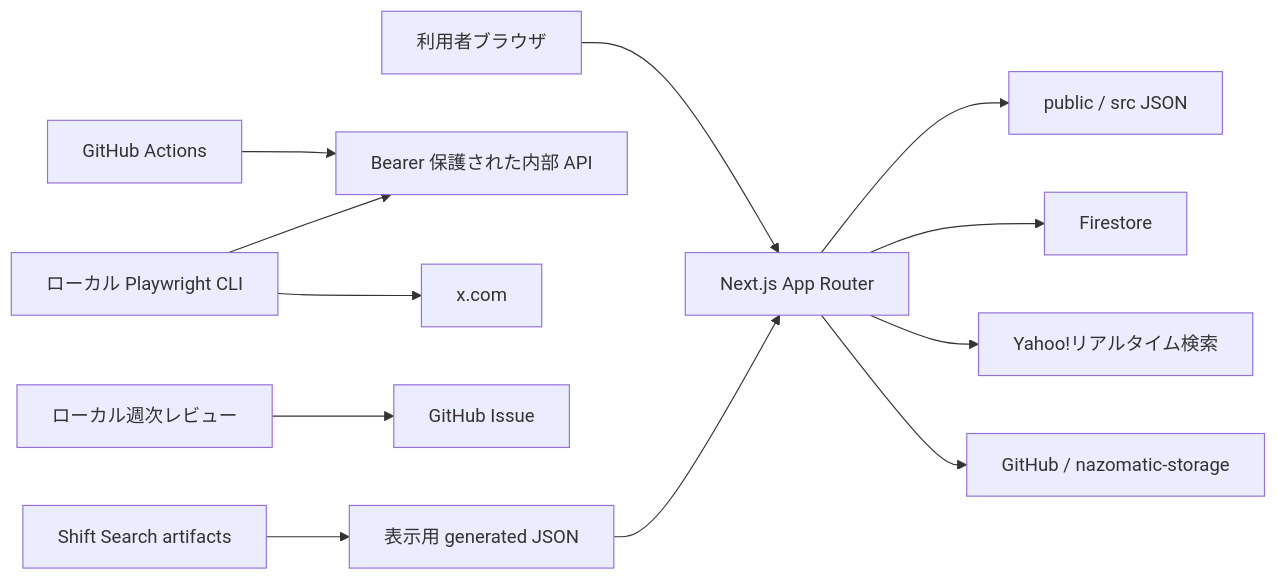
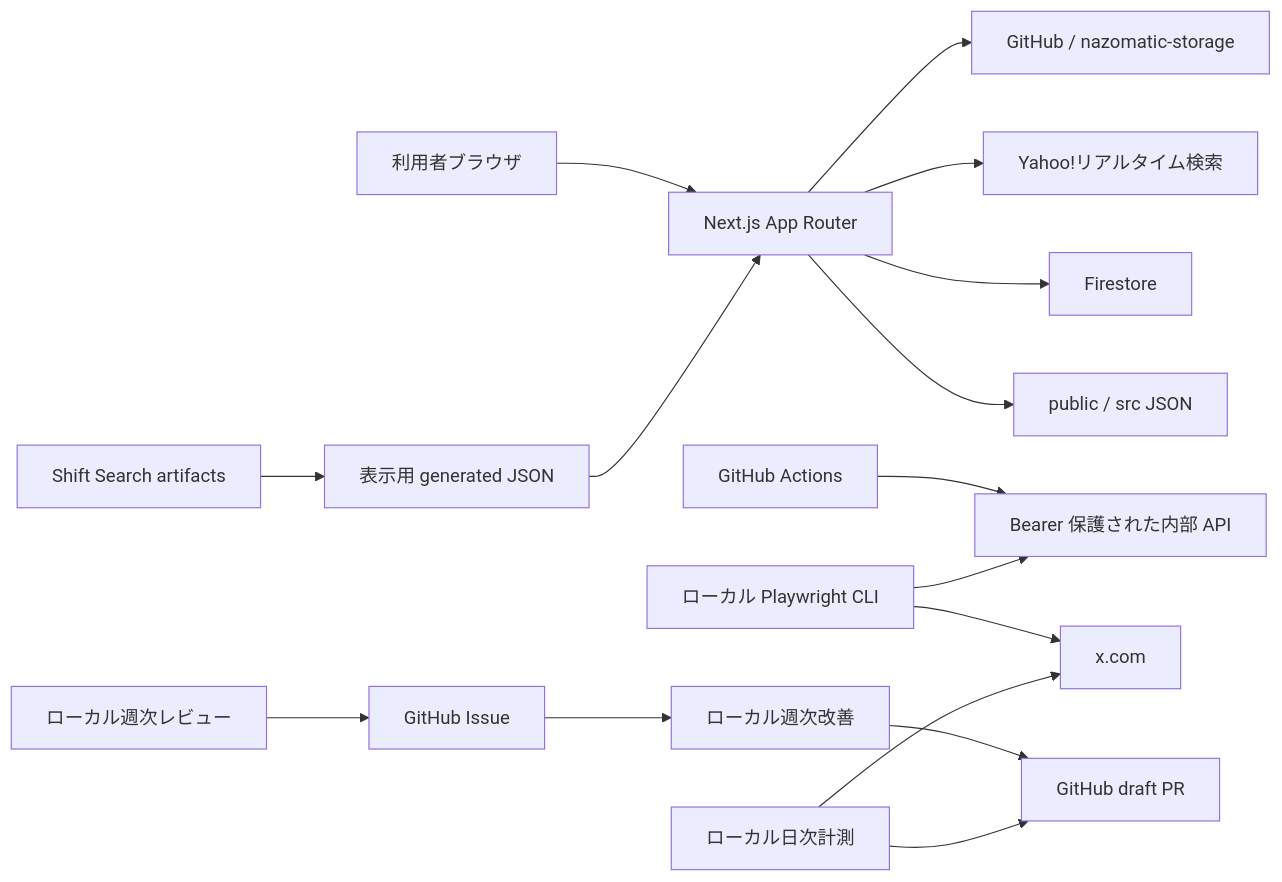
One commit to FukaseDaichi/nazomatic changed the diagram in docs/system-design/README.md. Above: the diagram before and after it, drawn with Mermaid. The commit also changed other lines of this file and 11 other files, not shown here.

````diff
--- a/docs/system-design/README.md
+++ b/docs/system-design/README.md
@@ -9,14 +9,18 @@
 ```mermaid
 flowchart LR
   browser["利用者ブラウザ"] --> next["Next.js App Router"]
   next --> publicData["public / src JSON"]
   next --> firestore["Firestore"]
   next --> yahoo["Yahoo!リアルタイム検索"]
   next --> github["GitHub / nazomatic-storage"]
   actions["GitHub Actions"] --> internalApi["Bearer 保護された内部 API"]
   localCli["ローカル Playwright CLI"] --> internalApi
   localCli --> xweb["x.com"]
   localReview["ローカル週次レビュー"] --> githubIssue["GitHub Issue"]
+  githubIssue --> localImprove["ローカル週次改善"]
+  localImprove --> draftPr["GitHub draft PR"]
+  localMaintain["ローカル日次計測"] --> xweb
+  localMaintain --> draftPr
   artifacts["Shift Search artifacts"] --> generated["表示用 generated JSON"]
   generated --> next
 ```
````
